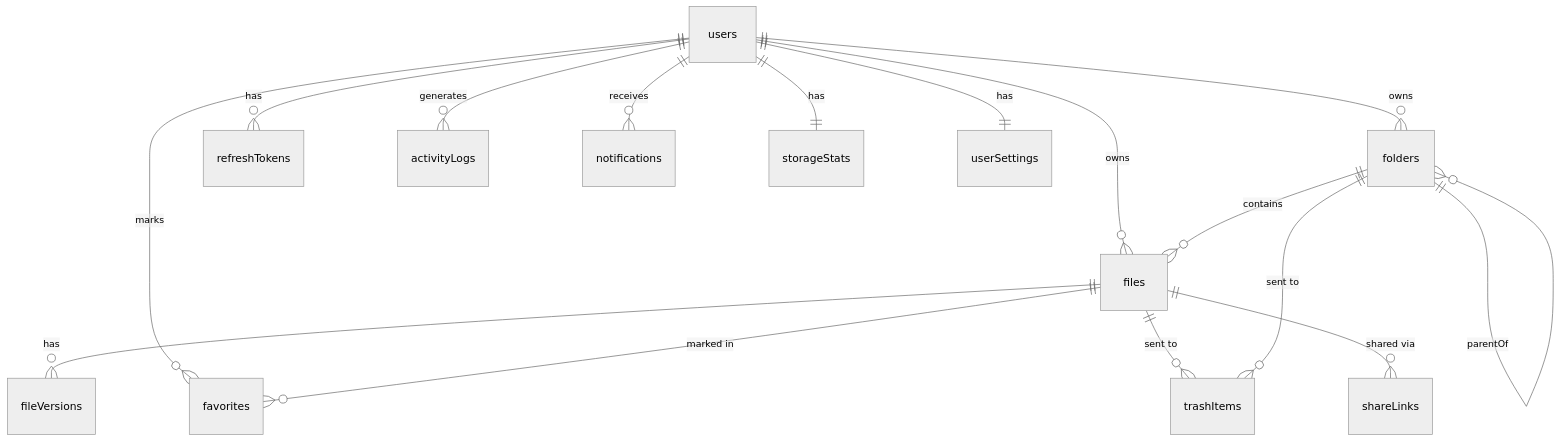
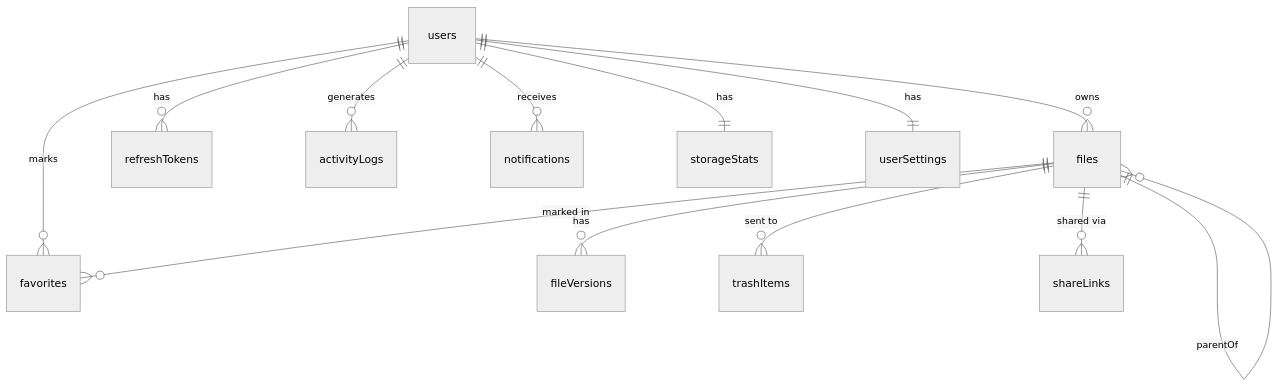
Before and after one commit to Pritpan/FileEx-Cloud-Storage-plus-local-managment: the diagram in docs/DATABASE_DESIGN.md, drawn with Mermaid (neutral theme). The commit also changed other lines of this file and 10 other files, not shown here.

````diff
--- a/docs/DATABASE_DESIGN.md
+++ b/docs/DATABASE_DESIGN.md
@@ -20,21 +20,19 @@
 ```mermaid
 erDiagram
     users ||--o{ files : "owns"
-    users ||--o{ folders : "owns"
     users ||--o{ refreshTokens : "has"
     users ||--o{ activityLogs : "generates"
     users ||--o{ favorites : "marks"
     users ||--o{ notifications : "receives"
     users ||--|| storageStats : "has"
     users ||--|| userSettings : "has"
 
-    folders ||--o{ folders : "parentOf"
-    folders ||--o{ files : "contains"
+    files ||--o{ files : "parentOf"
 
     files ||--o{ fileVersions : "has"
     files ||--o{ favorites : "marked in"
     files ||--o{ trashItems : "sent to"
     files ||--o{ shareLinks : "shared via"
 
-    folders ||--o{ trashItems : "sent to"
+
 ```
````
